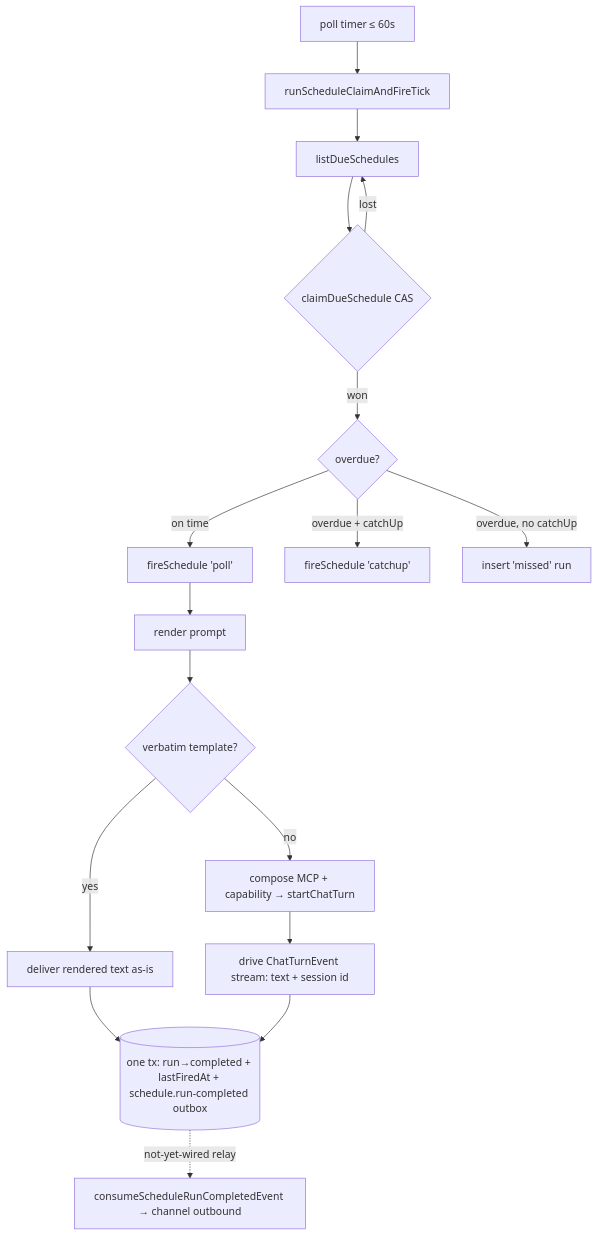
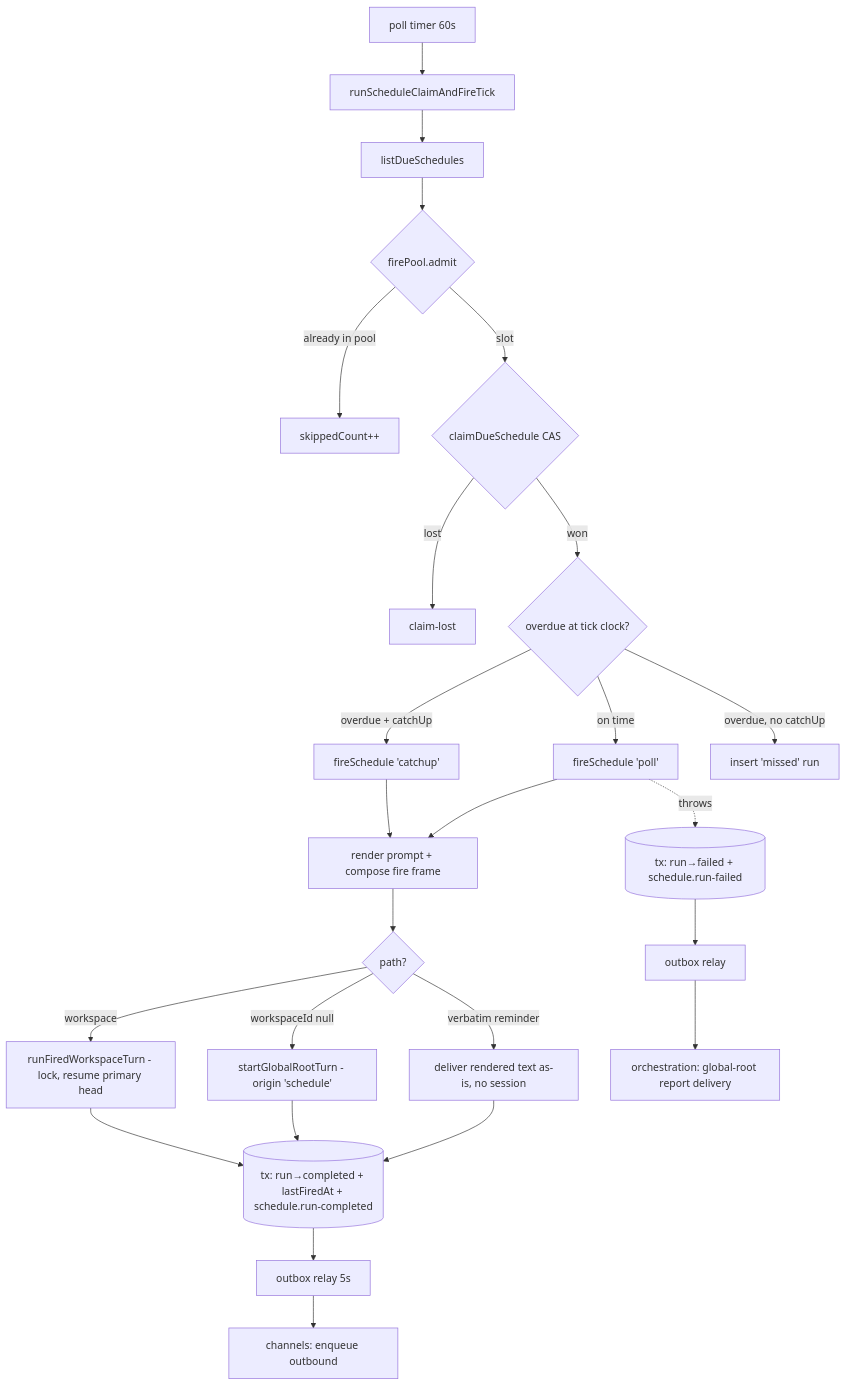
The first of 2 diagrams in .claude/docs/schedules/structure.md (chadnicely/Vynel-Demo), drawn with Mermaid before and after one commit. The commit also changed other lines of this file and 2 other files, not shown here.

Commit message:
docs(schedules): refresh the as-built book; fix the stale fresh-session comment

````diff
--- a/.claude/docs/schedules/structure.md
+++ b/.claude/docs/schedules/structure.md
@@ -171,19 +200,25 @@
 ```mermaid
 flowchart TD
-    A[poll timer ≤ 60s] --> B[runScheduleClaimAndFireTick]
+    A[poll timer 60s] --> B[runScheduleClaimAndFireTick]
     B --> C[listDueSchedules]
-    C --> D{claimDueSchedule CAS}
-    D -->|lost| C
-    D -->|won| E{overdue?}
-    E -->|on time| F[fireSchedule 'poll']
-    E -->|overdue + catchUp| F2[fireSchedule 'catchup']
-    E -->|overdue, no catchUp| G[insert 'missed' run]
-    F --> H[render prompt]
-    H --> I{verbatim template?}
-    I -->|yes| J[deliver rendered text as-is]
-    I -->|no| K[compose MCP + capability → startChatTurn]
-    K --> L[drive ChatTurnEvent stream: text + session id]
-    J --> M[("one tx: run→completed + lastFiredAt + schedule.run-completed outbox")]
-    L --> M
-    M -.not-yet-wired relay.-> N[consumeScheduleRunCompletedEvent → channel outbound]
+    C --> D{firePool.admit}
+    D -->|already in pool| S[skippedCount++]
+    D -->|slot| E{claimDueSchedule CAS}
+    E -->|lost| X[claim-lost]
+    E -->|won| F{overdue at tick clock?}
+    F -->|on time| G[fireSchedule 'poll']
+    F -->|overdue + catchUp| G2[fireSchedule 'catchup']
+    F -->|overdue, no catchUp| M[insert 'missed' run]
+    G --> H[render prompt + compose fire frame]
+    G2 --> H
+    H --> I{path?}
+    I -->|verbatim reminder| J[deliver rendered text as-is, no session]
+    I -->|workspaceId null| K[startGlobalRootTurn - origin 'schedule']
+    I -->|workspace| L[runFiredWorkspaceTurn - lock, resume primary head]
+    J --> T[("tx: run→completed + lastFiredAt + schedule.run-completed")]
+    K --> T
+    L --> T
+    T --> R[outbox relay 5s] --> CH[channels: enqueue outbound]
+    G -.throws.-> FT[("tx: run→failed + schedule.run-failed")]
+    FT --> R2[outbox relay] --> RP[orchestration: global-root report delivery]
 ```
````
